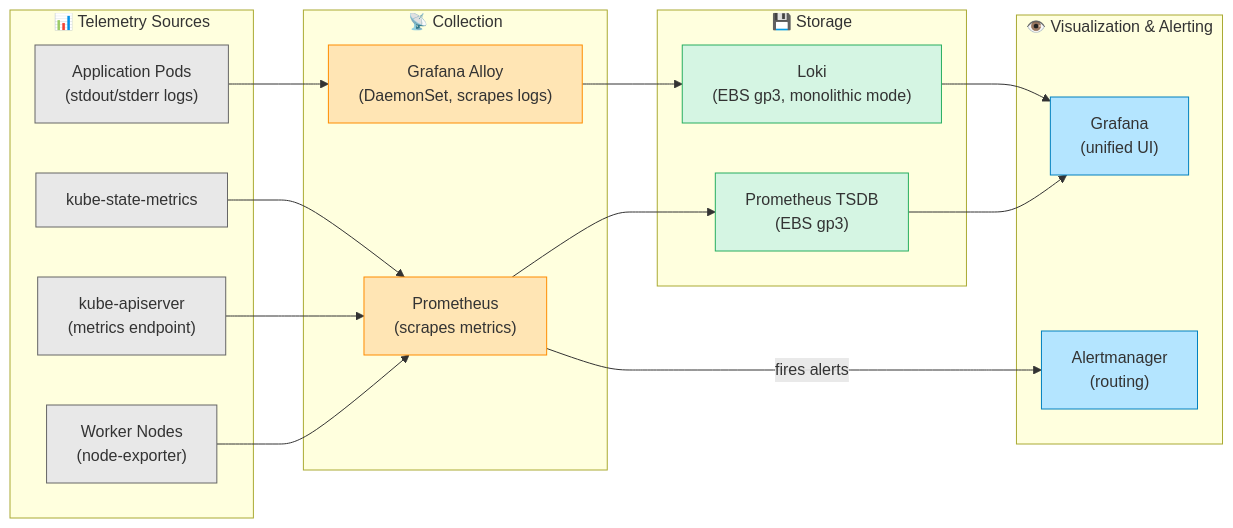
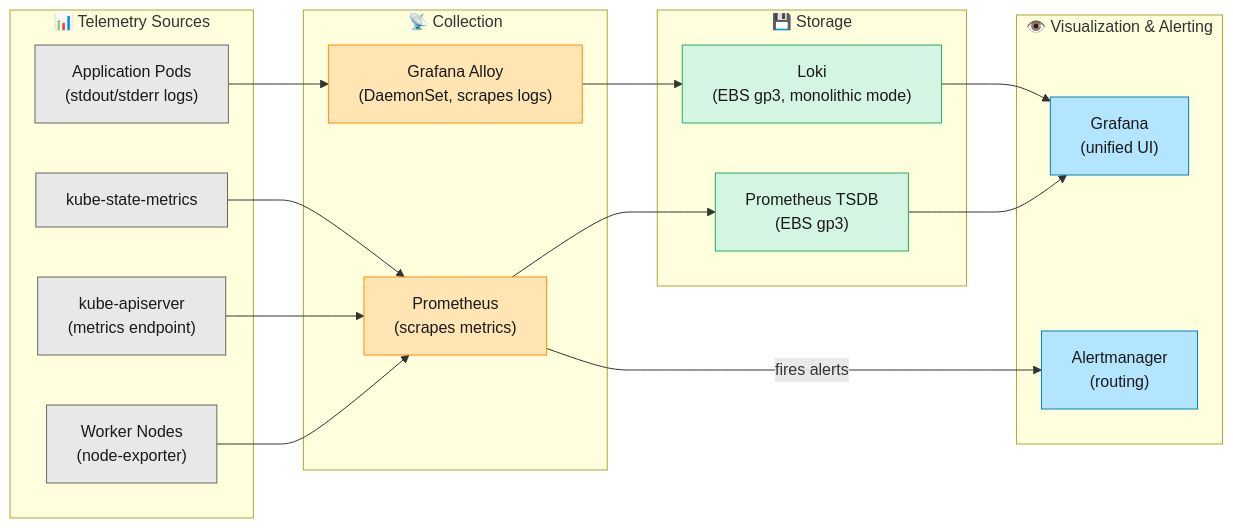
Before and after one commit to srinivas-singireddy/mlops-platform-aws-eks: the seventh of 8 diagrams in docs/architecture.md, drawn with Mermaid. The commit also changed other lines of this file, not shown here.

First line of the commit message:
fix(docs): add explicit text colors to Mermaid classDef rules

````diff
--- a/docs/architecture.md
+++ b/docs/architecture.md
@@ -275,43 +275,43 @@
 ```mermaid
 flowchart LR
     subgraph Sources["📊 Telemetry Sources"]
         nodes["Worker Nodes<br/>(node-exporter)"]
         kubeapi["kube-apiserver<br/>(metrics endpoint)"]
         ksm["kube-state-metrics"]
         pods["Application Pods<br/>(stdout/stderr logs)"]
     end
 
     subgraph Collection["📡 Collection"]
         prom["Prometheus<br/>(scrapes metrics)"]
         alloy["Grafana Alloy<br/>(DaemonSet, scrapes logs)"]
     end
 
     subgraph Storage["💾 Storage"]
         promstor["Prometheus TSDB<br/>(EBS gp3)"]
         loki["Loki<br/>(EBS gp3, monolithic mode)"]
     end
 
     subgraph Visualization["👁️ Visualization & Alerting"]
         graf["Grafana<br/>(unified UI)"]
         am["Alertmanager<br/>(routing)"]
     end
 
     nodes --> prom
     kubeapi --> prom
     ksm --> prom
     pods --> alloy
     prom --> promstor
     alloy --> loki
     promstor --> graf
     loki --> graf
     prom -->|fires alerts| am
 
-    classDef src fill:#E8E8E8,stroke:#666
-    classDef collect fill:#FFE5B4,stroke:#FF8C00
-    classDef store fill:#D5F5E3,stroke:#27AE60
-    classDef viz fill:#B4E5FF,stroke:#0080C0
+    classDef src fill:#E8E8E8,stroke:#666,color:#1A1A1A
+    classDef collect fill:#FFE5B4,stroke:#FF8C00,color:#1A1A1A
+    classDef store fill:#D5F5E3,stroke:#27AE60,color:#1A1A1A
+    classDef viz fill:#B4E5FF,stroke:#0080C0,color:#1A1A1A
     class nodes,kubeapi,ksm,pods src
     class prom,alloy collect
     class promstor,loki store
     class graf,am viz
 ```
````
